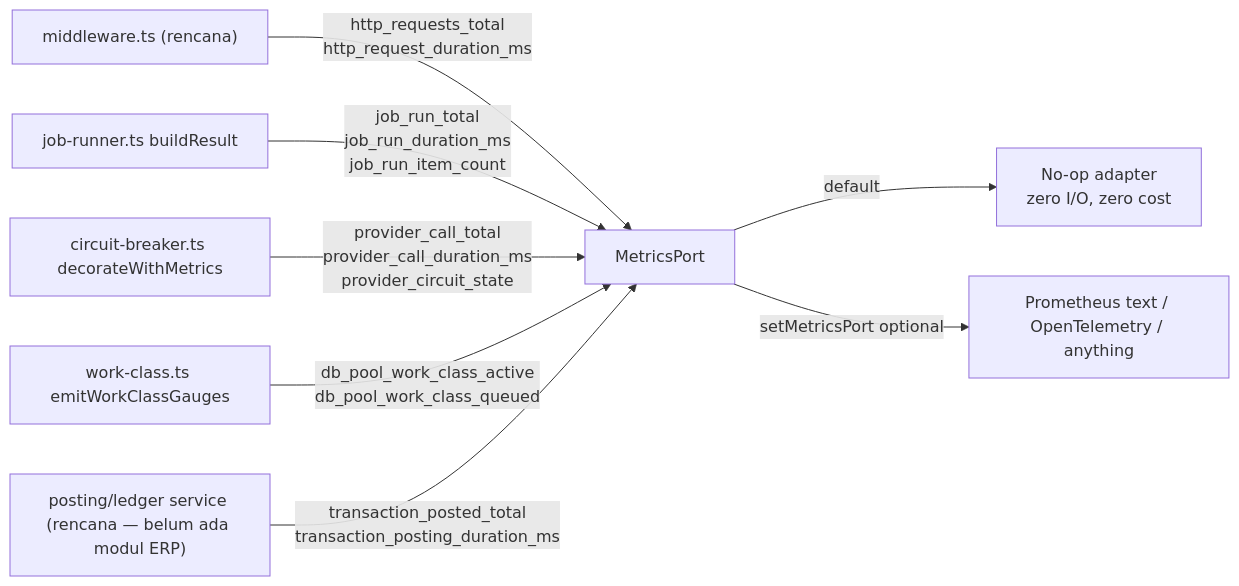
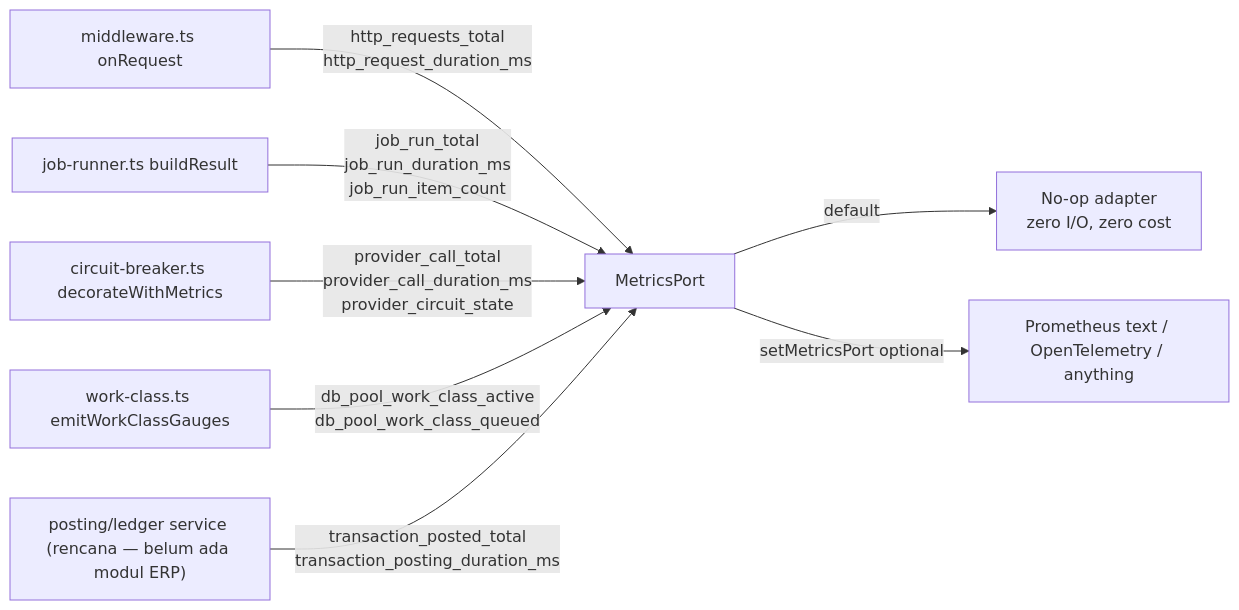
Before and after one commit to ahliweb/awcms: the diagram in docs/awcms/observability-metrics.id.md, drawn with Mermaid. The commit also changed other lines of this file and 6 other files, not shown here.

Commit message:
feat(observability): record the HTTP count and p95 latency metrics (#1287)

````diff
--- a/docs/awcms/observability-metrics.id.md
+++ b/docs/awcms/observability-metrics.id.md
@@ -15,10 +15,10 @@
 ```mermaid
 flowchart LR
-  MW["middleware.ts (rencana)"] -->|http_requests_total<br/>http_request_duration_ms| Port[MetricsPort]
+  MW["middleware.ts onRequest"] -->|http_requests_total<br/>http_request_duration_ms| Port[MetricsPort]
   JR[job-runner.ts buildResult] -->|job_run_total<br/>job_run_duration_ms<br/>job_run_item_count| Port
   CB[circuit-breaker.ts decorateWithMetrics] -->|provider_call_total<br/>provider_call_duration_ms<br/>provider_circuit_state| Port
   WC[work-class.ts emitWorkClassGauges] -->|db_pool_work_class_active<br/>db_pool_work_class_queued| Port
   TX["posting/ledger service (rencana — belum ada modul ERP)"] -->|transaction_posted_total<br/>transaction_posting_duration_ms| Port
   Port -->|default| Noop[No-op adapter<br/>zero I/O, zero cost]
   Port -->|setMetricsPort optional| Real[Prometheus text / OpenTelemetry / anything]
 ```
````
